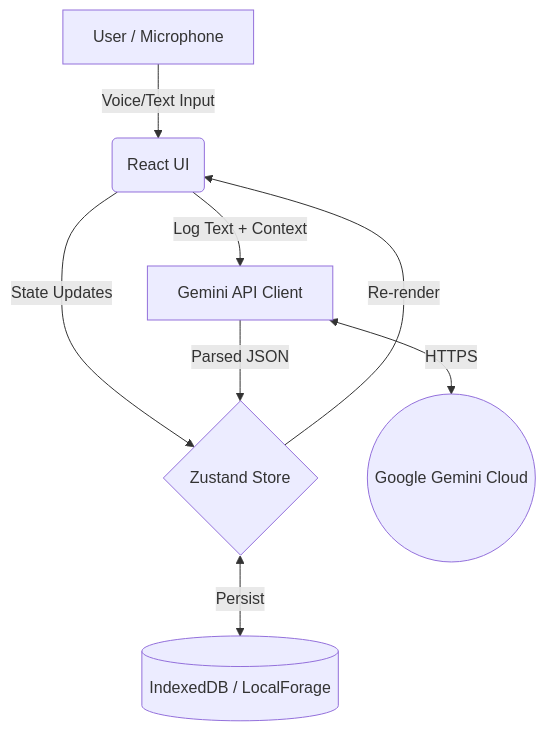
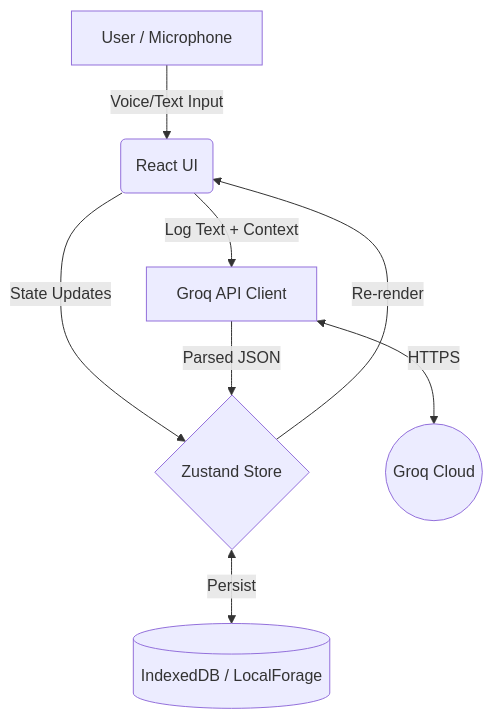
Before and after one commit to Techayguy01/Agreesive-Product-app: the diagram in docs/ARCHITECTURE.md, drawn with Mermaid. The commit also changed other lines of this file and 17 other files, not shown here.

````diff
--- a/docs/ARCHITECTURE.md
+++ b/docs/ARCHITECTURE.md
@@ -19,10 +19,10 @@
 ```mermaid
 graph TD
     A[User / Microphone] -->|Voice/Text Input| B(React UI)
     B -->|State Updates| C{Zustand Store}
     C <-->|Persist| D[(IndexedDB / LocalForage)]
-    B -->|Log Text + Context| E[Gemini API Client]
-    E <-->|HTTPS| F((Google Gemini Cloud))
+    B -->|Log Text + Context| E[Groq API Client]
+    E <-->|HTTPS| F((Groq Cloud))
     E -->|Parsed JSON| C
     C -->|Re-render| B
 ```
````
